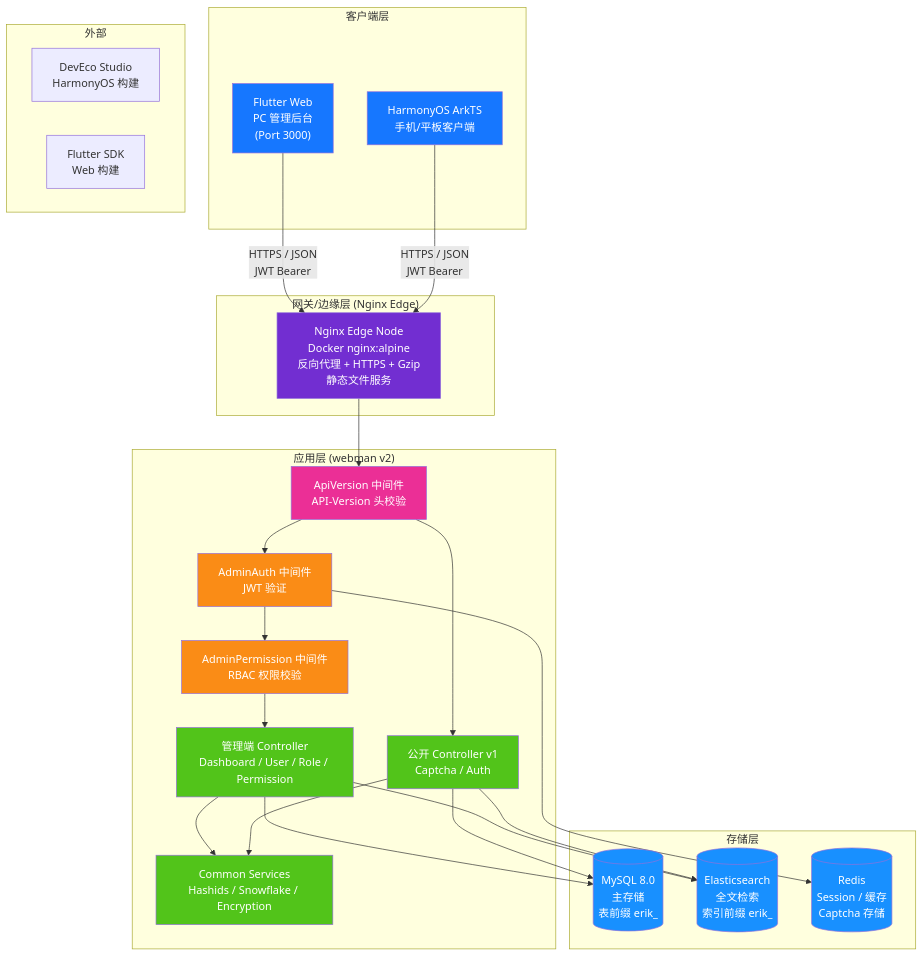
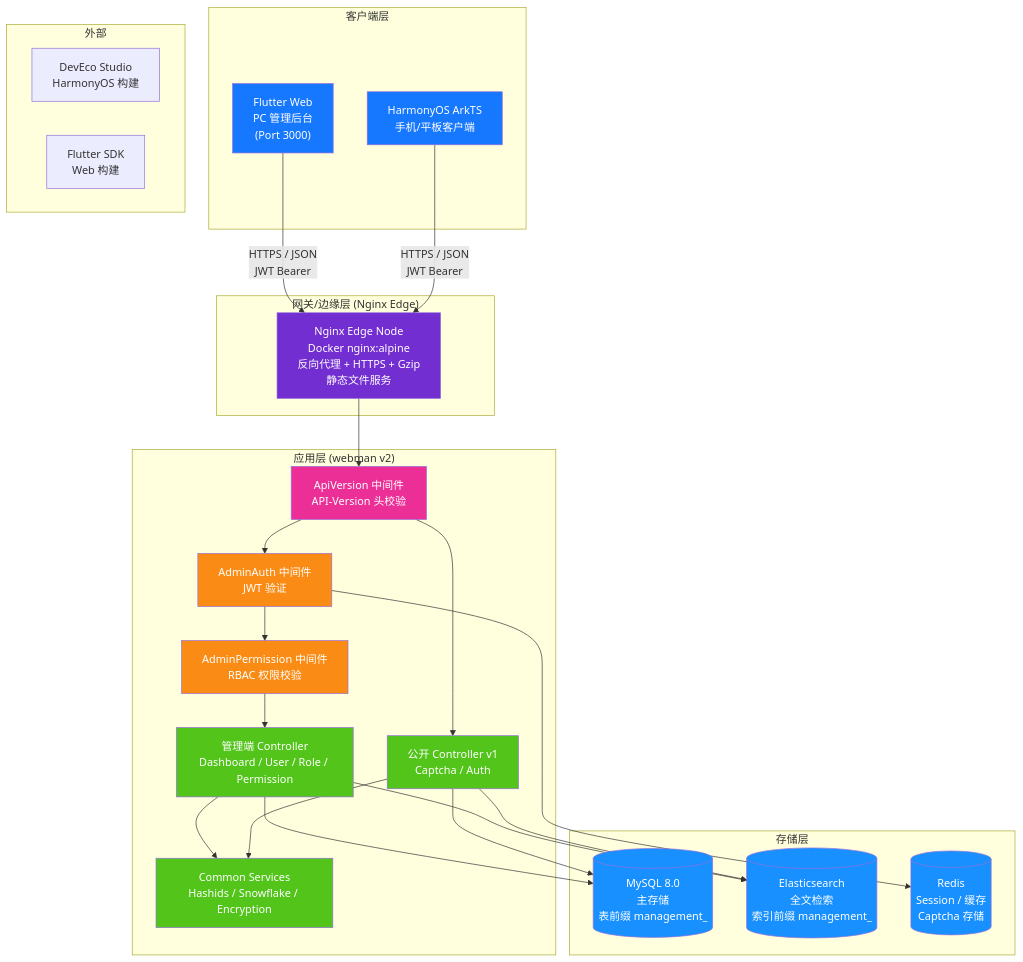
One commit to erikwang2013/property-management-platform changed the first of 14 diagrams in admin/docs/ARCHITECTURE.md. Above: the diagram before and after it, drawn with Mermaid. The commit also changed other lines of this file and 347 other files, not shown here.

First line of the commit message:
P17 命名统一交付：数据库 management + 表前缀 management_ + Redis 前缀 management

````diff
--- a/admin/docs/ARCHITECTURE.md
+++ b/admin/docs/ARCHITECTURE.md
@@ -11,59 +11,59 @@
 ```mermaid
 flowchart TB
     subgraph "客户端层"
         A1["Flutter Web<br/>PC 管理后台<br/>(Port 3000)"]
         A2["HarmonyOS ArkTS<br/>手机/平板客户端"]
     end
 
     subgraph "网关/边缘层 (Nginx Edge)"
         B1["Nginx Edge Node<br/>Docker nginx:alpine<br/>反向代理 + HTTPS + Gzip<br/>静态文件服务"]
     end
 
     subgraph "应用层 (webman v2)"
         C0["ApiVersion 中间件<br/>API-Version 头校验"]
         C1["AdminAuth 中间件<br/>JWT 验证"]
         C2["AdminPermission 中间件<br/>RBAC 权限校验"]
         C3["管理端 Controller<br/>Dashboard / User / Role / Permission"]
         C4["公开 Controller v1<br/>Captcha / Auth"]
         C5["Common Services<br/>Hashids / Snowflake / Encryption"]
     end
 
     subgraph "存储层"
-        D1[("MySQL 8.0<br/>主存储<br/>表前缀 erik_")]
-        D2[("Elasticsearch<br/>全文检索<br/>索引前缀 erik_")]
+        D1[("MySQL 8.0<br/>主存储<br/>表前缀 management_")]
+        D2[("Elasticsearch<br/>全文检索<br/>索引前缀 management_")]
         D3[("Redis<br/>Session / 缓存<br/>Captcha 存储")]
     end
 
     subgraph "外部"
         E1["DevEco Studio<br/>HarmonyOS 构建"]
         E2["Flutter SDK<br/>Web 构建"]
     end
 
     A1 -->|"HTTPS / JSON<br/>JWT Bearer"| B1
     A2 -->|"HTTPS / JSON<br/>JWT Bearer"| B1
     B1 --> C0
     C0 --> C1
     C1 --> C2
     C2 --> C3
     C0 --> C4
     C3 --> C5
     C4 --> C5
     C3 --> D1
     C4 --> D1
     C3 --> D2
     C4 --> D2
     C1 --> D3
 
     style A1 fill:#1677FF,color:#fff
     style A2 fill:#1677FF,color:#fff
     style B1 fill:#722ED1,color:#fff
     style C0 fill:#EB2F96,color:#fff
     style C1 fill:#FA8C16,color:#fff
     style C2 fill:#FA8C16,color:#fff
     style C3 fill:#52C41A,color:#fff
     style C4 fill:#52C41A,color:#fff
     style C5 fill:#52C41A,color:#fff
     style D1 fill:#1890FF,color:#fff
     style D2 fill:#1890FF,color:#fff
     style D3 fill:#1890FF,color:#fff
 ```
````
